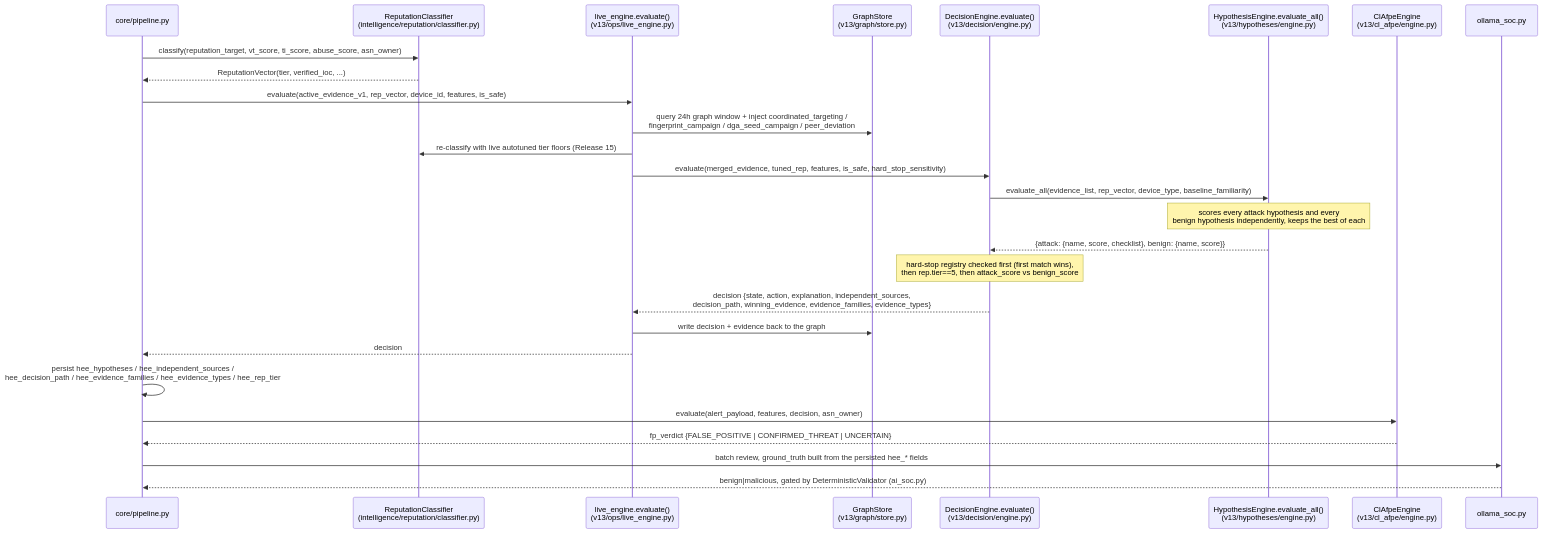
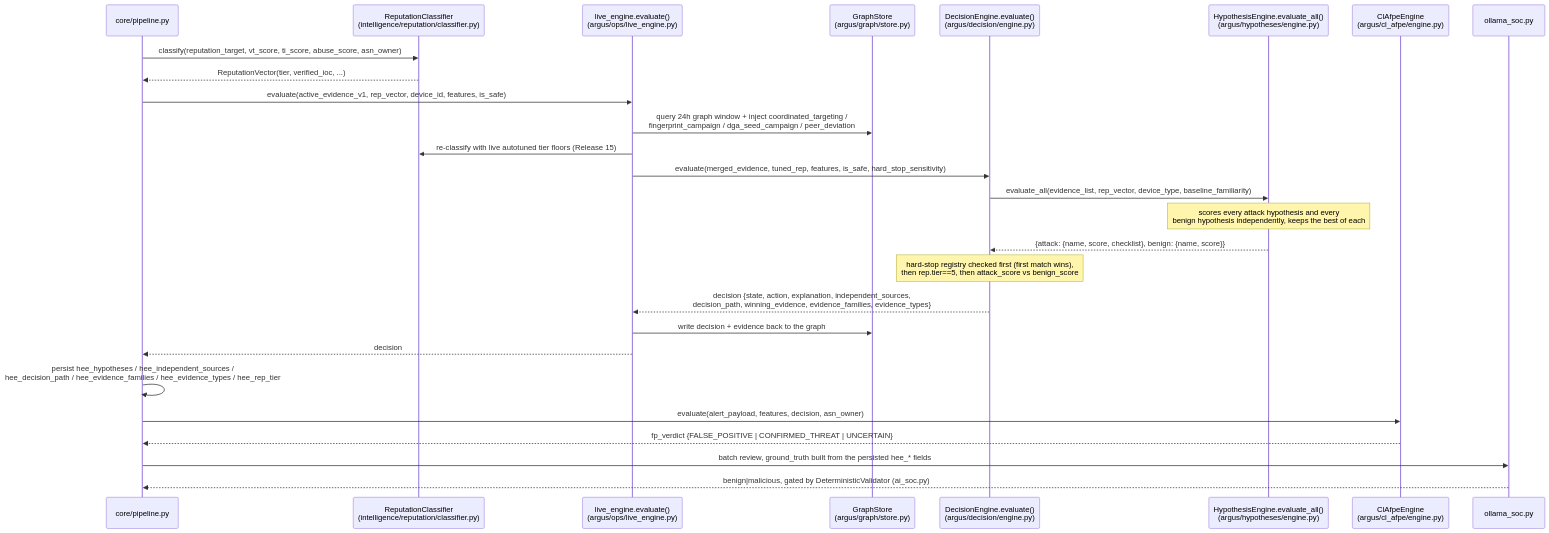
One commit to gsaket-sky/home-ids changed the seventh of 8 diagrams in Documentation/ARGUS_ARCHITECTURE.md. Above: the diagram before and after it, drawn with Mermaid. The commit also changed other lines of this file and 1 other file, not shown here.

First line of the commit message:
docs: sync ARGUS_* path references after the v13->argus code rename

````diff
--- a/Documentation/ARGUS_ARCHITECTURE.md
+++ b/Documentation/ARGUS_ARCHITECTURE.md
@@ -574,30 +581,30 @@
 ```mermaid
 sequenceDiagram
     participant P as core/pipeline.py
     participant RC as ReputationClassifier<br/>(intelligence/reputation/classifier.py)
-    participant LE as live_engine.evaluate()<br/>(v13/ops/live_engine.py)
-    participant GS as GraphStore<br/>(v13/graph/store.py)
-    participant DE as DecisionEngine.evaluate()<br/>(v13/decision/engine.py)
-    participant HE as HypothesisEngine.evaluate_all()<br/>(v13/hypotheses/engine.py)
-    participant CL as ClAfpeEngine<br/>(v13/cl_afpe/engine.py)
+    participant LE as live_engine.evaluate()<br/>(argus/ops/live_engine.py)
+    participant GS as GraphStore<br/>(argus/graph/store.py)
+    participant DE as DecisionEngine.evaluate()<br/>(argus/decision/engine.py)
+    participant HE as HypothesisEngine.evaluate_all()<br/>(argus/hypotheses/engine.py)
+    participant CL as ClAfpeEngine<br/>(argus/cl_afpe/engine.py)
     participant LLM as ollama_soc.py
 
     P->>RC: classify(reputation_target, vt_score, ti_score, abuse_score, asn_owner)
     RC-->>P: ReputationVector(tier, verified_ioc, ...)
     P->>LE: evaluate(active_evidence_v1, rep_vector, device_id, features, is_safe)
     LE->>GS: query 24h graph window + inject coordinated_targeting /<br/>fingerprint_campaign / dga_seed_campaign / peer_deviation
     LE->>RC: re-classify with live autotuned tier floors (Release 15)
     LE->>DE: evaluate(merged_evidence, tuned_rep, features, is_safe, hard_stop_sensitivity)
     DE->>HE: evaluate_all(evidence_list, rep_vector, device_type, baseline_familiarity)
     Note over HE: scores every attack hypothesis and every<br/>benign hypothesis independently, keeps the best of each
     HE-->>DE: {attack: {name, score, checklist}, benign: {name, score}}
     Note over DE: hard-stop registry checked first (first match wins),<br/>then rep.tier==5, then attack_score vs benign_score
     DE-->>LE: decision {state, action, explanation, independent_sources,<br/>decision_path, winning_evidence, evidence_families, evidence_types}
     LE->>GS: write decision + evidence back to the graph
     LE-->>P: decision
     P->>P: persist hee_hypotheses / hee_independent_sources /<br/>hee_decision_path / hee_evidence_families / hee_evidence_types / hee_rep_tier
     P->>CL: evaluate(alert_payload, features, decision, asn_owner)
     CL-->>P: fp_verdict {FALSE_POSITIVE | CONFIRMED_THREAT | UNCERTAIN}
     P->>LLM: batch review, ground_truth built from the persisted hee_* fields
     LLM-->>P: benign|malicious, gated by DeterministicValidator (ai_soc.py)
 ```
````
